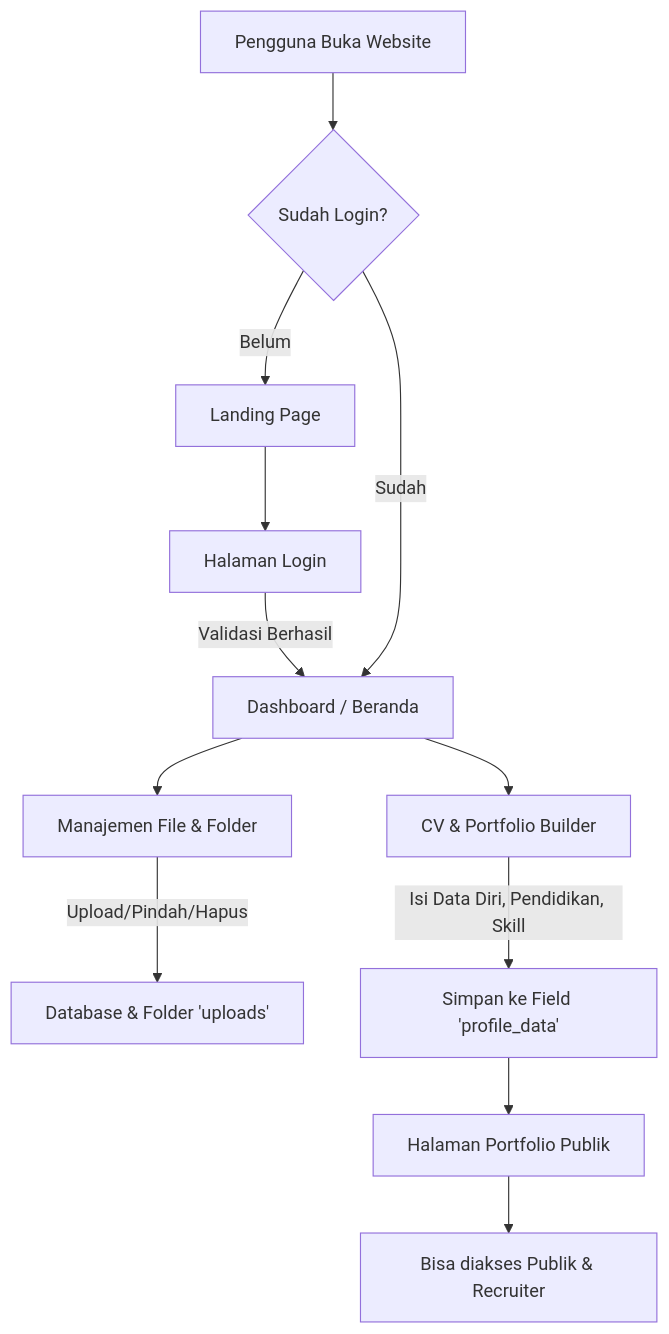
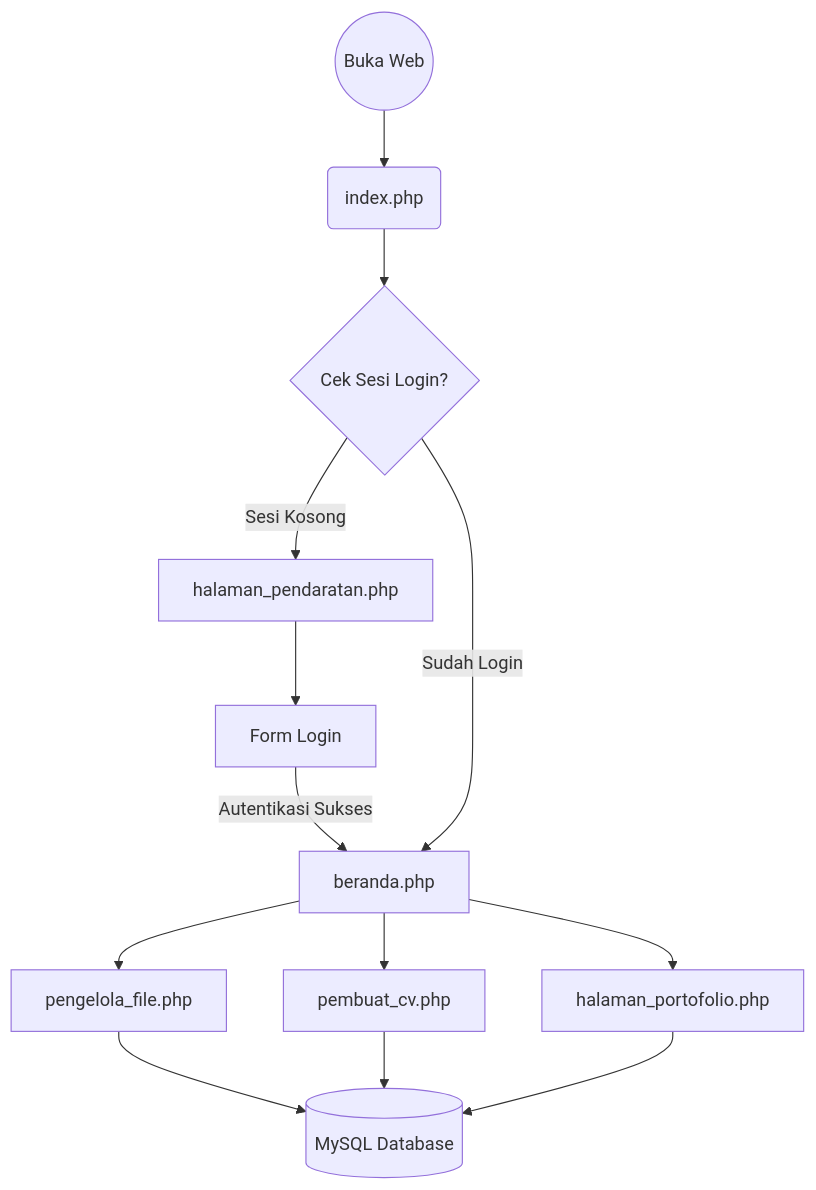
Before and after one commit to alfaragatak87/alfatih-digital-workspace: the first of 2 diagrams in README.md, drawn with Mermaid. The commit also changed other lines of this file and 4 other files, not shown here.

````diff
--- a/README.md
+++ b/README.md
@@ -86,17 +15,18 @@
 ```mermaid
 graph TD
-    A[Pengguna Buka Website] --> B{Sudah Login?}
-    B -- Belum --> C[Landing Page]
-    C --> D[Halaman Login]
-    D --> |Validasi Berhasil| E[Dashboard / Beranda]
-    B -- Sudah --> E
+    A((Buka Web)) --> B(index.php)
+    B --> C{Cek Sesi Login?}
+    C -- Sesi Kosong --> D[halaman_pendaratan.php]
+    D --> E[Form Login]
+    E -->|Autentikasi Sukses| F
     
-    E --> F[Manajemen File & Folder]
-    F --> |Upload/Pindah/Hapus| G[Database & Folder 'uploads']
+    C -- Sudah Login --> F[beranda.php]
     
-    E --> H[CV & Portfolio Builder]
-    H --> |Isi Data Diri, Pendidikan, Skill| I[Simpan ke Field 'profile_data']
-    I --> J[Halaman Portfolio Publik]
+    F --> G[pengelola_file.php]
+    F --> H[pembuat_cv.php]
+    F --> I[halaman_portofolio.php]
     
-    J --> K[Bisa diakses Publik & Recruiter]
+    G --> J[(MySQL Database)]
+    H --> J
+    I --> J
 ```
````
